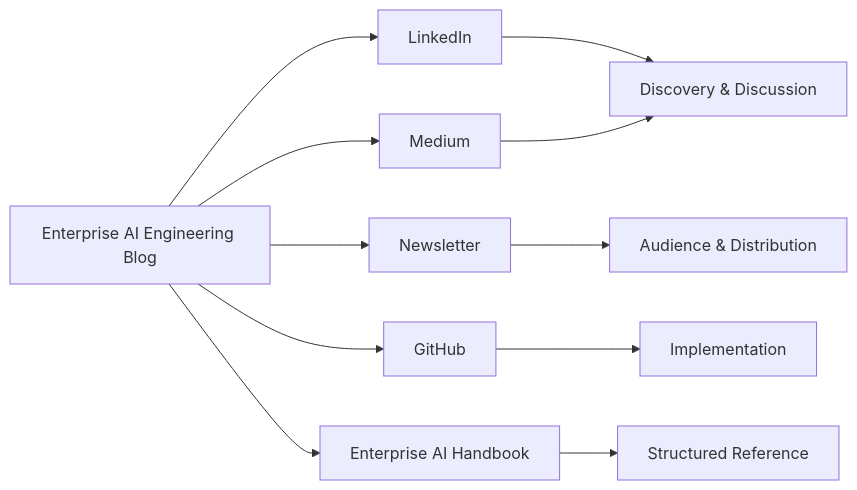
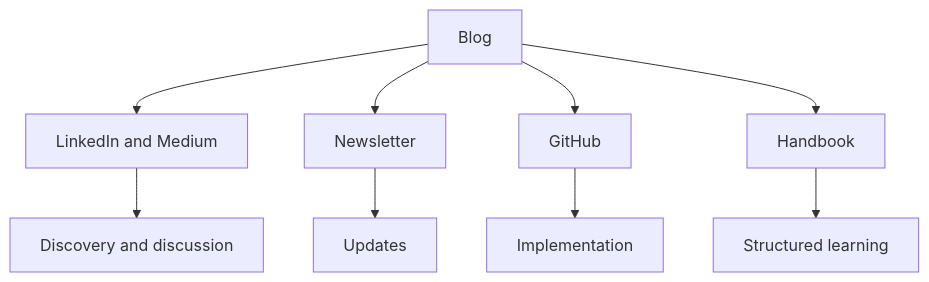
The ninth of 9 diagrams in docs/index.md (MihirKJha/enterprise-ai-blog), drawn with Mermaid before and after one commit. The commit also changed other lines of this file and 3 other files, not shown here.

````diff
--- a/docs/index.md
+++ b/docs/index.md
@@ -550,16 +320,11 @@
 ```mermaid
-flowchart LR
-    A[Enterprise AI Engineering Blog]
-
-    A --> B[LinkedIn]
-    A --> C[Medium]
-    A --> D[Newsletter]
-    A --> E[GitHub]
-    A --> F[Enterprise AI Handbook]
-
-    B --> G[Discovery & Discussion]
-    C --> G
-    D --> H[Audience & Distribution]
-    E --> I[Implementation]
-    F --> J[Structured Reference]
+flowchart TD
+    A["Blog"] --> B["LinkedIn and Medium"]
+    A --> C["Newsletter"]
+    A --> D["GitHub"]
+    A --> E["Handbook"]
+    B --> F["Discovery and discussion"]
+    C --> G["Updates"]
+    D --> H["Implementation"]
+    E --> I["Structured learning"]
 ```
````
